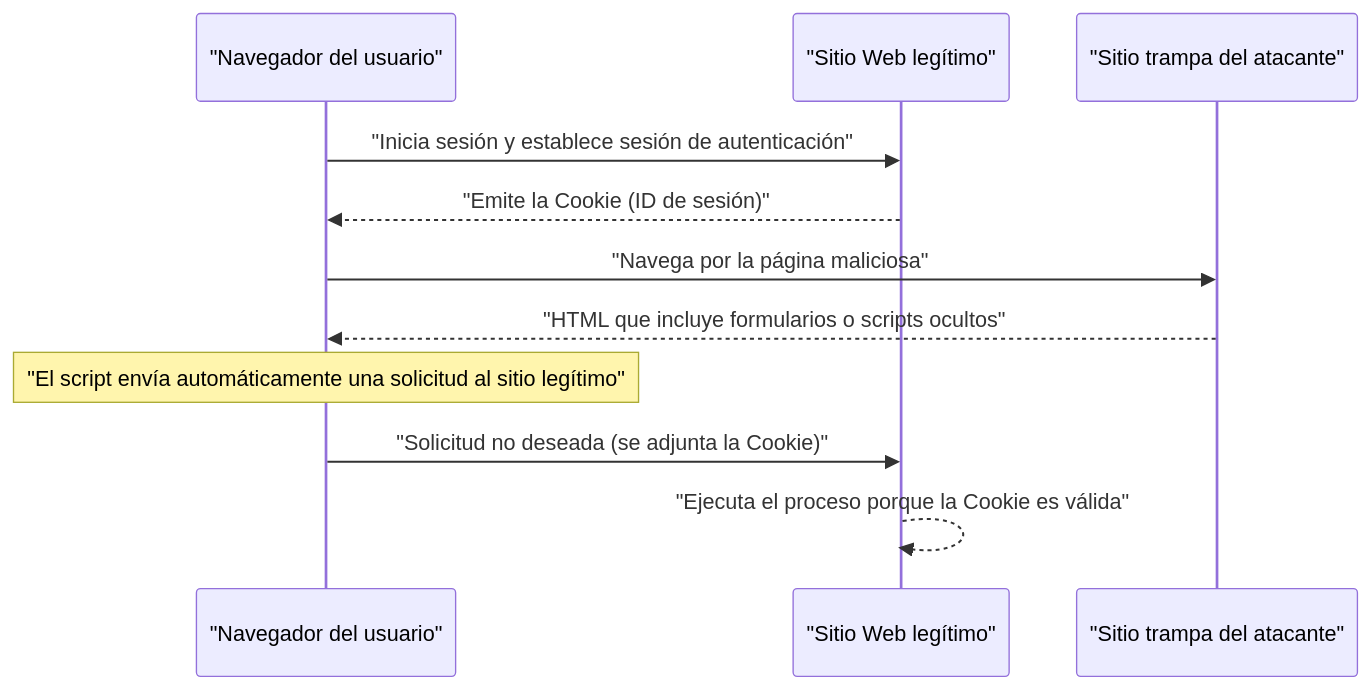
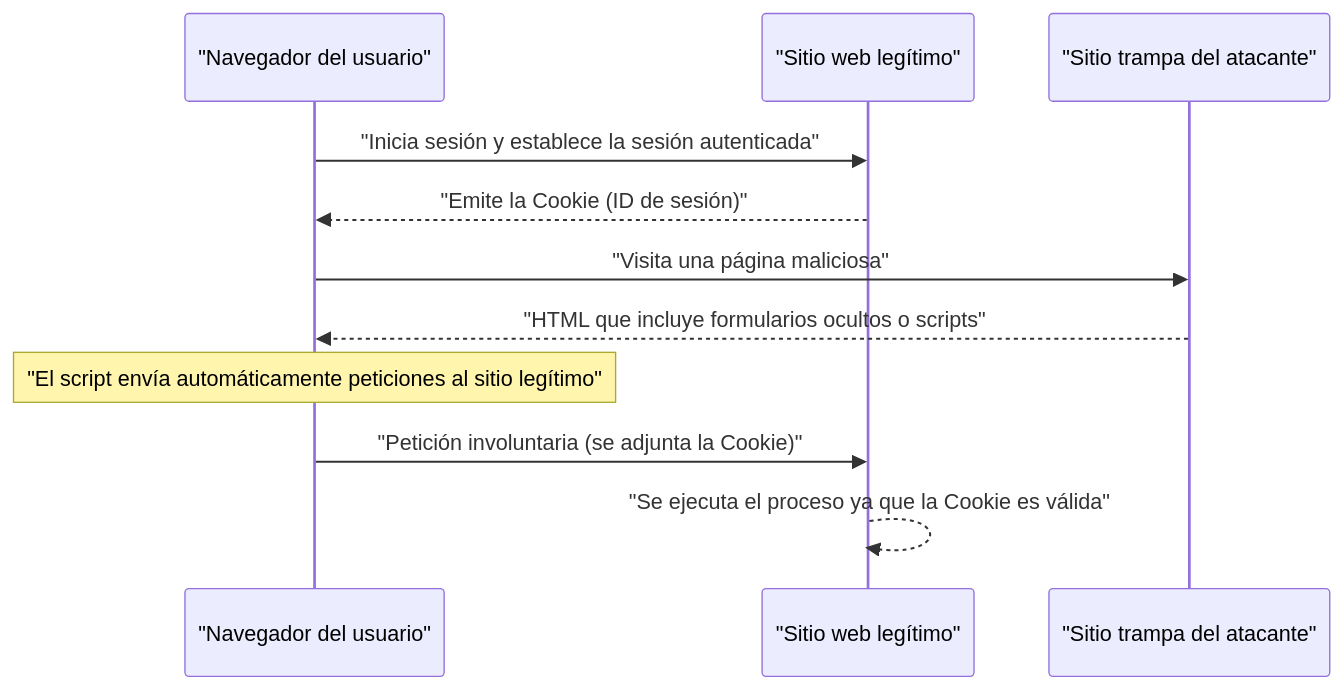
Before and after one commit to kenjinote/blog: the second of 2 diagrams in content/post/web-application-vulnerability-owasp-top-10/index.es.md, drawn with Mermaid. The commit also changed other lines of this file and 12 other files, not shown here.

````diff
--- a/content/post/web-application-vulnerability-owasp-top-10/index.es.md
+++ b/content/post/web-application-vulnerability-owasp-top-10/index.es.md
@@ -232,16 +232,16 @@
 ```mermaid
 sequenceDiagram
     participant "Navegador del usuario"
-    participant "Sitio Web legítimo"
+    participant "Sitio web legítimo"
     participant "Sitio trampa del atacante"
 
-    "Navegador del usuario"->>"Sitio Web legítimo": "Inicia sesión y establece sesión de autenticación"
-    "Sitio Web legítimo"-->>"Navegador del usuario": "Emite la Cookie (ID de sesión)"
+    "Navegador del usuario"->>"Sitio web legítimo": "Inicia sesión y establece la sesión autenticada"
+    "Sitio web legítimo"-->>"Navegador del usuario": "Emite la Cookie (ID de sesión)"
     
-    "Navegador del usuario"->>"Sitio trampa del atacante": "Navega por la página maliciosa"
-    "Sitio trampa del atacante"-->>"Navegador del usuario": "HTML que incluye formularios o scripts ocultos"
+    "Navegador del usuario"->>"Sitio trampa del atacante": "Visita una página maliciosa"
+    "Sitio trampa del atacante"-->>"Navegador del usuario": "HTML que incluye formularios ocultos o scripts"
     
-    Note over "Navegador del usuario": "El script envía automáticamente una solicitud al sitio legítimo"
-    "Navegador del usuario"->>"Sitio Web legítimo": "Solicitud no deseada (se adjunta la Cookie)"
-    "Sitio Web legítimo"-->>"Sitio Web legítimo": "Ejecuta el proceso porque la Cookie es válida"
+    Note over "Navegador del usuario": "El script envía automáticamente peticiones al sitio legítimo"
+    "Navegador del usuario"->>"Sitio web legítimo": "Petición involuntaria (se adjunta la Cookie)"
+    "Sitio web legítimo"-->>"Sitio web legítimo": "Se ejecuta el proceso ya que la Cookie es válida"
 ```
````
